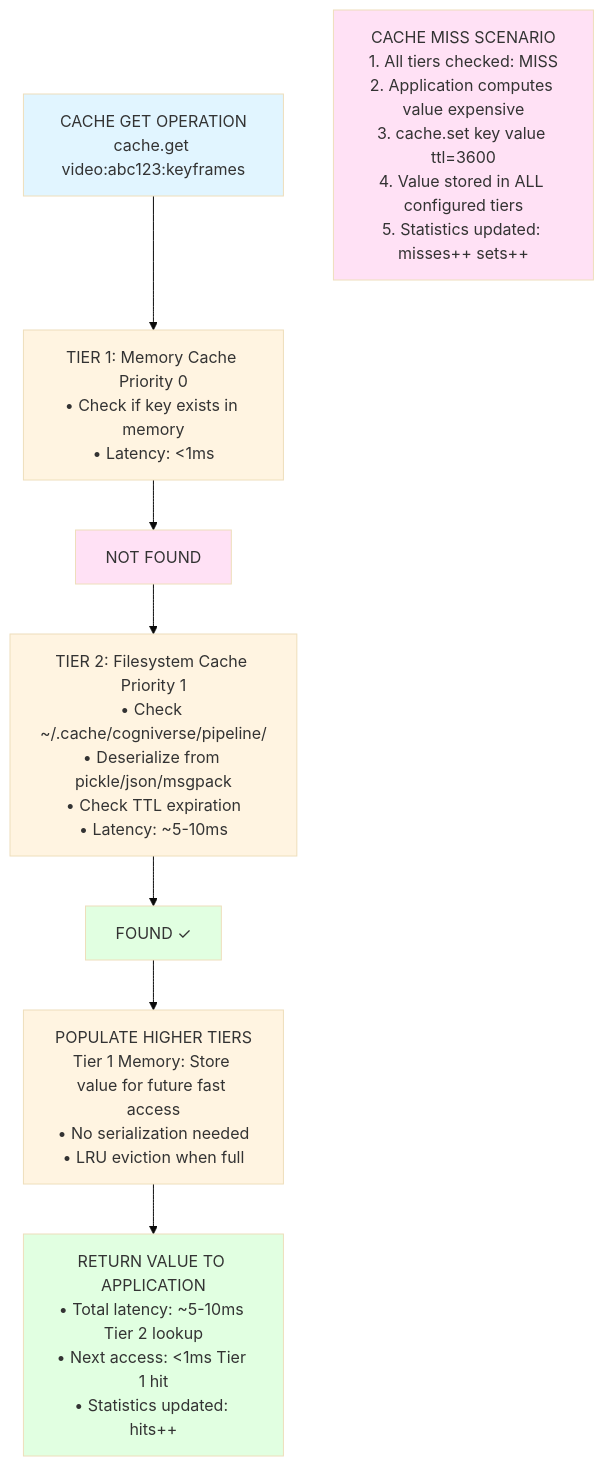
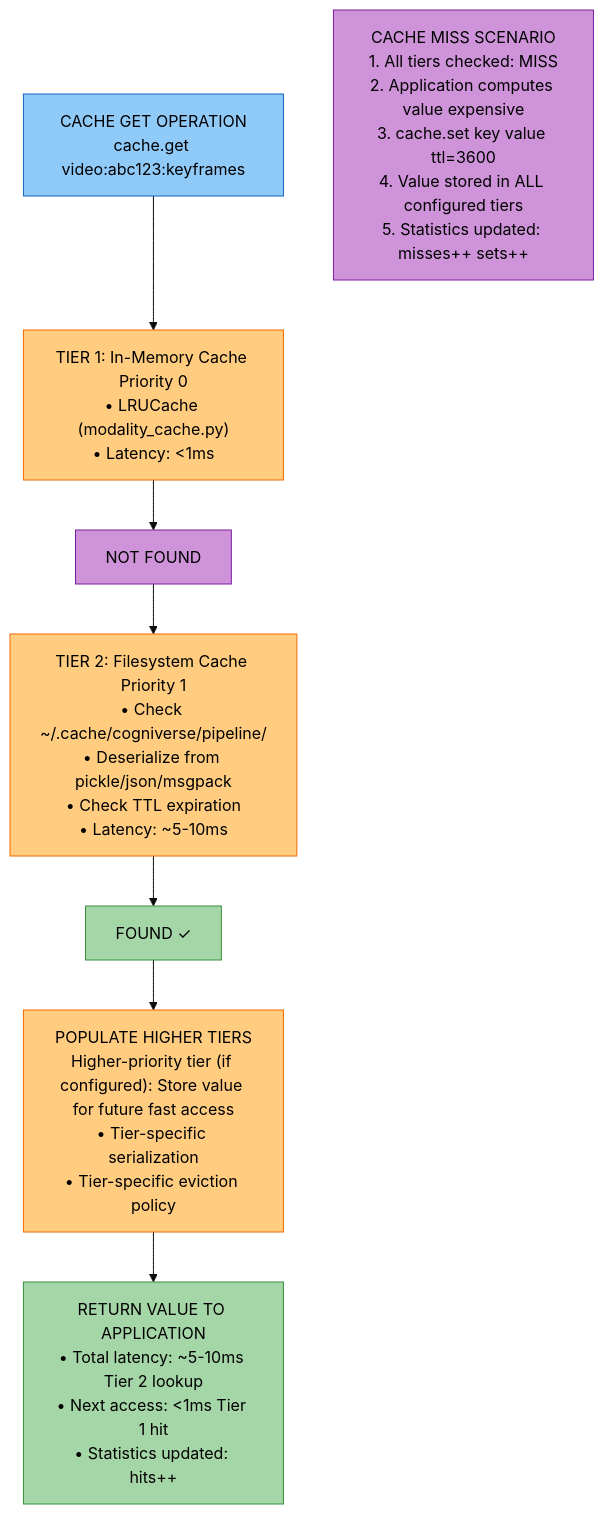
One commit to amit-jain/cogniverse changed the second of 6 diagrams in docs/modules/cache.md. Above: the diagram before and after it, drawn with Mermaid (base theme). The commit also changed other lines of this file and 83 other files, not shown here.

First line of the commit message:
Fix documentation veracity, formatting, and diagrams across all modules

````diff
--- a/docs/modules/cache.md
+++ b/docs/modules/cache.md
@@ -141,27 +159,27 @@
 ```mermaid
-graph TB
-    START[CACHE GET OPERATION<br/>cache.get video:abc123:keyframes]
-    T1[TIER 1: Memory Cache Priority 0<br/>• Check if key exists in memory<br/>• Latency: <1ms]
-    T1_MISS[NOT FOUND]
-    T2[TIER 2: Filesystem Cache Priority 1<br/>• Check ~/.cache/cogniverse/pipeline/<br/>• Deserialize from pickle/json/msgpack<br/>• Check TTL expiration<br/>• Latency: ~5-10ms]
-    T2_HIT[FOUND ✓]
-    POP[POPULATE HIGHER TIERS<br/>Tier 1 Memory: Store value for future fast access<br/>• No serialization needed<br/>• LRU eviction when full]
-    RETURN[RETURN VALUE TO APPLICATION<br/>• Total latency: ~5-10ms Tier 2 lookup<br/>• Next access: <1ms Tier 1 hit<br/>• Statistics updated: hits++]
-    MISS[CACHE MISS SCENARIO<br/>1. All tiers checked: MISS<br/>2. Application computes value expensive<br/>3. cache.set key value ttl=3600<br/>4. Value stored in ALL configured tiers<br/>5. Statistics updated: misses++ sets++]
+flowchart TB
+    START["<span style='color:#000'>CACHE GET OPERATION<br/>cache.get video:abc123:keyframes</span>"]
+    T1["<span style='color:#000'>TIER 1: In-Memory Cache Priority 0<br/>• LRUCache (modality_cache.py)<br/>• Latency: <1ms</span>"]
+    T1_MISS["<span style='color:#000'>NOT FOUND</span>"]
+    T2["<span style='color:#000'>TIER 2: Filesystem Cache Priority 1<br/>• Check ~/.cache/cogniverse/pipeline/<br/>• Deserialize from pickle/json/msgpack<br/>• Check TTL expiration<br/>• Latency: ~5-10ms</span>"]
+    T2_HIT["<span style='color:#000'>FOUND ✓</span>"]
+    POP["<span style='color:#000'>POPULATE HIGHER TIERS<br/>Higher-priority tier (if configured): Store value for future fast access<br/>• Tier-specific serialization<br/>• Tier-specific eviction policy</span>"]
+    RETURN["<span style='color:#000'>RETURN VALUE TO APPLICATION<br/>• Total latency: ~5-10ms Tier 2 lookup<br/>• Next access: <1ms Tier 1 hit<br/>• Statistics updated: hits++</span>"]
+    MISS["<span style='color:#000'>CACHE MISS SCENARIO<br/>1. All tiers checked: MISS<br/>2. Application computes value expensive<br/>3. cache.set key value ttl=3600<br/>4. Value stored in ALL configured tiers<br/>5. Statistics updated: misses++ sets++</span>"]
 
     START --> T1
     T1 --> T1_MISS
     T1_MISS --> T2
     T2 --> T2_HIT
     T2_HIT --> POP
     POP --> RETURN
 
-    style START fill:#e1f5ff
-    style T1 fill:#fff4e1
-    style T1_MISS fill:#ffe1f5
-    style T2 fill:#fff4e1
-    style T2_HIT fill:#e1ffe1
-    style POP fill:#fff4e1
-    style RETURN fill:#e1ffe1
-    style MISS fill:#ffe1f5
+    style START fill:#90caf9,stroke:#1565c0,color:#000
+    style T1 fill:#ffcc80,stroke:#ef6c00,color:#000
+    style T1_MISS fill:#ce93d8,stroke:#7b1fa2,color:#000
+    style T2 fill:#ffcc80,stroke:#ef6c00,color:#000
+    style T2_HIT fill:#a5d6a7,stroke:#388e3c,color:#000
+    style POP fill:#ffcc80,stroke:#ef6c00,color:#000
+    style RETURN fill:#a5d6a7,stroke:#388e3c,color:#000
+    style MISS fill:#ce93d8,stroke:#7b1fa2,color:#000
 ```
````
